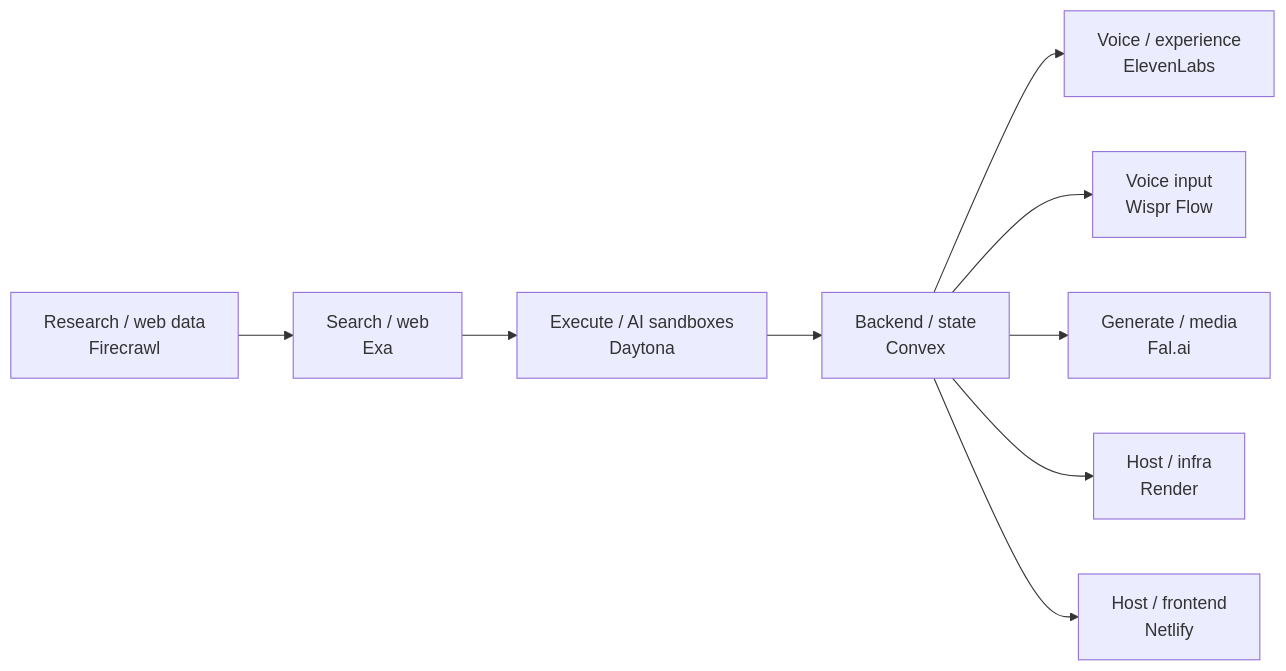
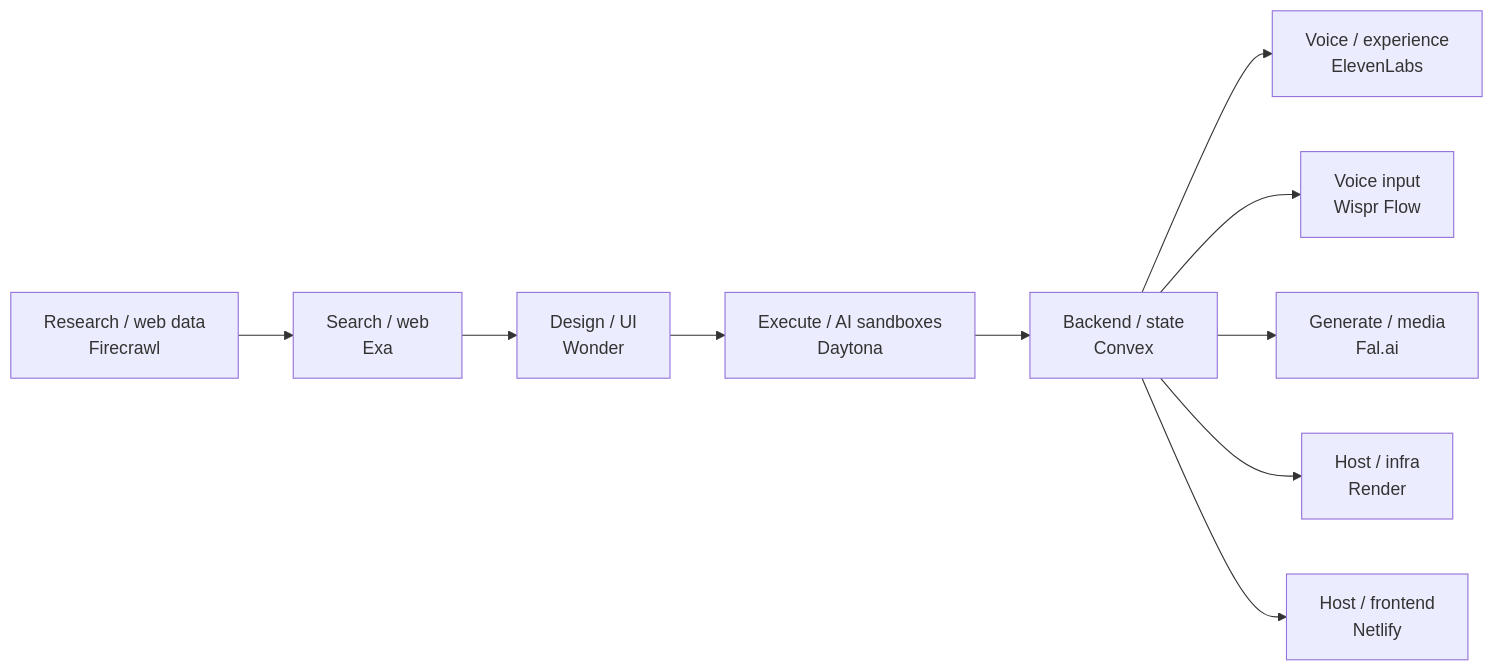
The diagram in docs/hackathon/sponsor-cheat-sheet.md (hadzija7/cursor-community-serbia), drawn with Mermaid before and after one commit. The commit also changed other lines of this file and 8 other files, not shown here.

````diff
--- a/docs/hackathon/sponsor-cheat-sheet.md
+++ b/docs/hackathon/sponsor-cheat-sheet.md
@@ -17,18 +17,19 @@
 ```mermaid
 flowchart LR
   F["Research / web data<br/>Firecrawl"]
   X["Search / web<br/>Exa"]
+  U["Design / UI<br/>Wonder"]
   D["Execute / AI sandboxes<br/>Daytona"]
   C["Backend / state<br/>Convex"]
   E["Voice / experience<br/>ElevenLabs"]
   W["Voice input<br/>Wispr Flow"]
   A["Generate / media<br/>Fal.ai"]
   R["Host / infra<br/>Render"]
   N["Host / frontend<br/>Netlify"]
-  F --> X --> D --> C
+  F --> X --> U --> D --> C
   C --> E
   C --> W
   C --> A
   C --> R
   C --> N
 ```
````
